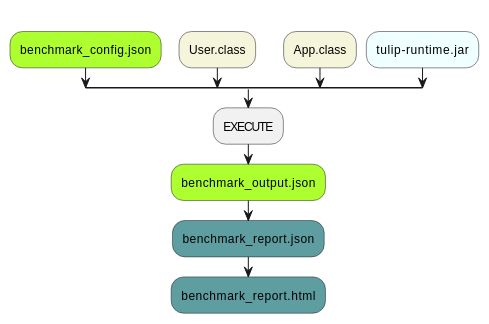
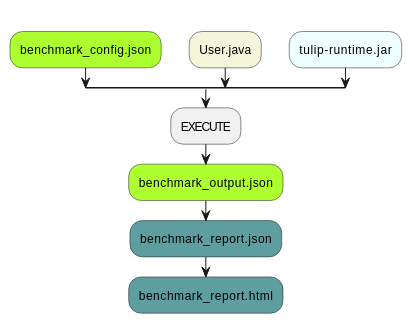
Before and after one commit to wfouche/Tulip: the first of 2 diagrams in docs/userguide/ROOT/pages/index.adoc, drawn with PlantUML. The commit also changed other lines of this file and 3 other files, not shown here.

```diff
--- a/docs/userguide/ROOT/pages/index.adoc
+++ b/docs/userguide/ROOT/pages/index.adoc
@@ -43,22 +43,19 @@
 [plantuml,diag0,svg]
 ----
 @startuml
 split
    -[hidden]->
    #greenyellow:benchmark_config.json;
 split again
    -[hidden]->
-   #beige:User.class;
-split again
-   -[hidden]->
-   #beige:App.class;
+   #beige:User.java;
 split again
    -[hidden]->
    #azure:tulip-runtime.jar;
 end split
 :EXECUTE;
 #greenyellow:benchmark_output.json;
 #cadetblue:benchmark_report.json;
 #cadetblue:benchmark_report.html;
 @enduml
 ----
```
